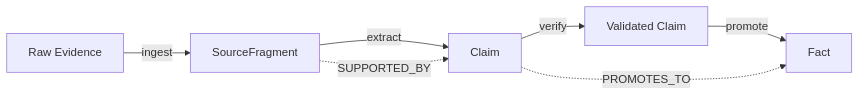
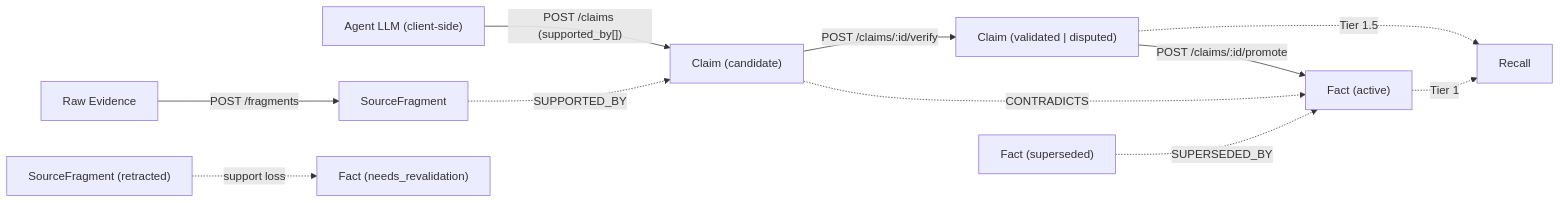
One commit to Z-M-Huang/dense-mem changed the second of 2 diagrams in README.md. Above: the diagram before and after it, drawn with Mermaid. The commit also changed other lines of this file and 186 other files, not shown here.

First line of the commit message:
Add knowledge pipeline (claims, verification, fact promotion, retract, community)

````diff
--- a/README.md
+++ b/README.md
@@ -136,10 +145,13 @@
 ```mermaid
 flowchart LR
-    Raw["Raw Evidence"] -->|"ingest"| SF["SourceFragment"]
-    SF -->|"extract"| Claim["Claim"]
-    Claim -->|"verify"| Validated["Validated Claim"]
-    Validated -->|"promote"| Fact["Fact"]
-    
-    SF -.->|"SUPPORTED_BY"| Claim
-    Claim -.->|"PROMOTES_TO"| Fact
+    Raw["Raw Evidence"] -->|"POST /fragments"| SF["SourceFragment"]
+    Client["Agent LLM (client-side)"] -->|"POST /claims (supported_by[])"| Candidate["Claim (candidate)"]
+    SF -.->|"SUPPORTED_BY"| Candidate
+    Candidate -->|"POST /claims/:id/verify"| Validated["Claim (validated | disputed)"]
+    Validated -->|"POST /claims/:id/promote"| Fact["Fact (active)"]
+    Validated -.->|"Tier 1.5"| Recall
+    Fact -.->|"Tier 1"| Recall
+    Candidate -.->|"CONTRADICTS"| Fact
+    OldFact["Fact (superseded)"] -.->|"SUPERSEDED_BY"| Fact
+    SFX["SourceFragment (retracted)"] -.->|"support loss"| FR["Fact (needs_revalidation)"]
 ```
````
